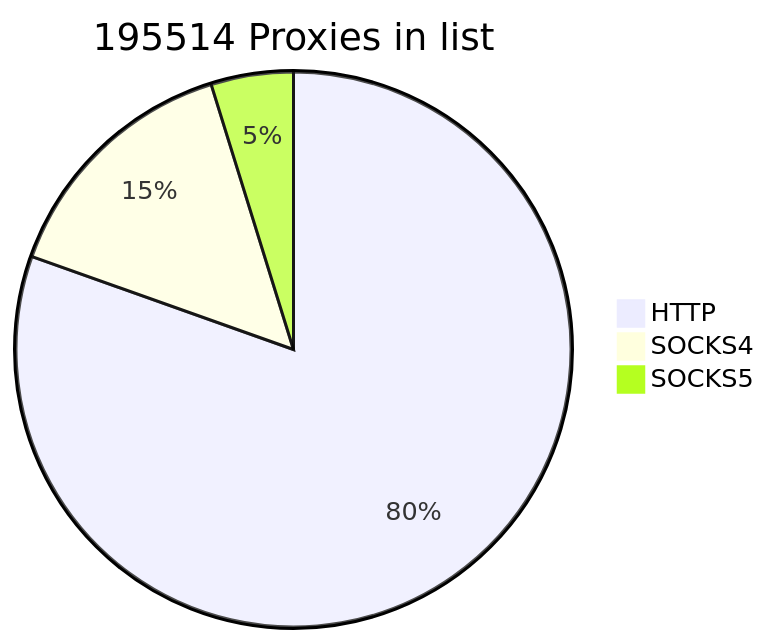
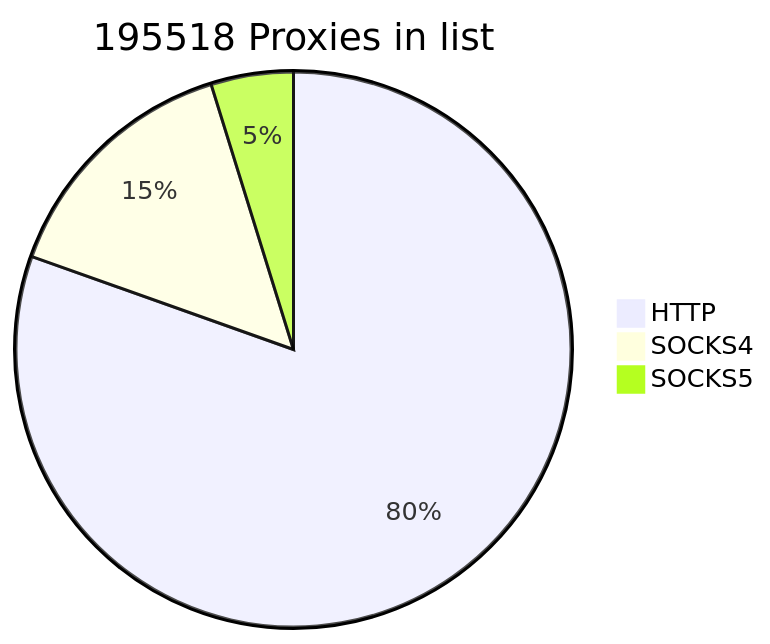
Before and after one commit to cutipu/proxylist: the first of 2 diagrams in README.md, drawn with Mermaid. The commit also changed other lines of this file, not shown here.

````diff
--- a/README.md
+++ b/README.md
@@ -2,7 +2,7 @@
 ```mermaid
-pie title 195514 Proxies in list
-    "HTTP" : 157265
+pie title 195518 Proxies in list
+    "HTTP" : 157267
     "SOCKS4" : 28880
-    "SOCKS5" : 9369
+    "SOCKS5" : 9371
             
 ```
````
